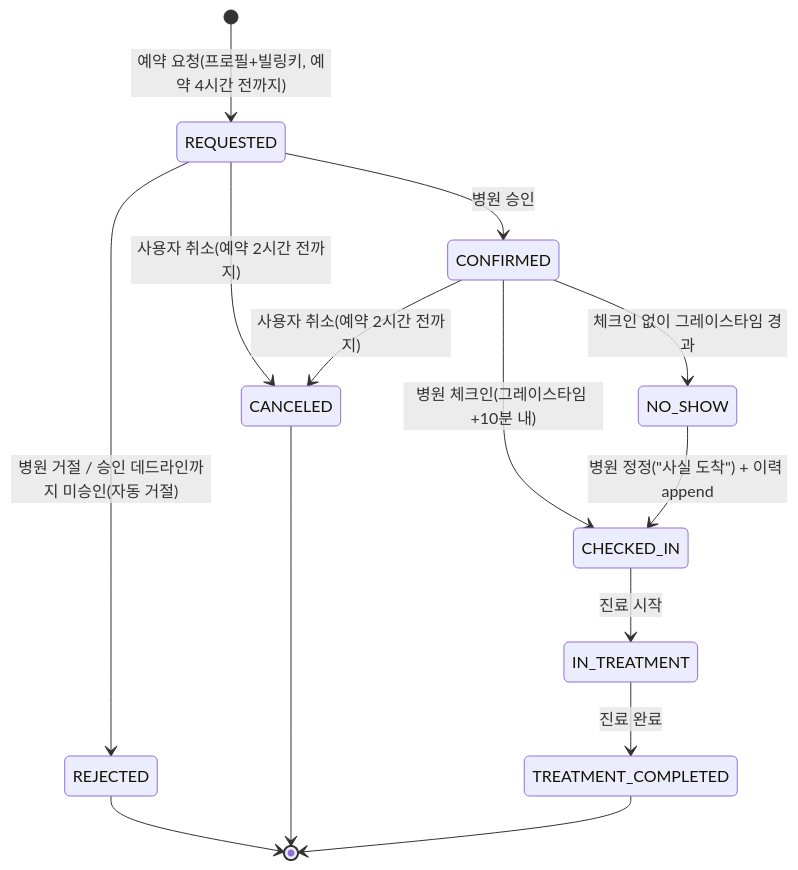
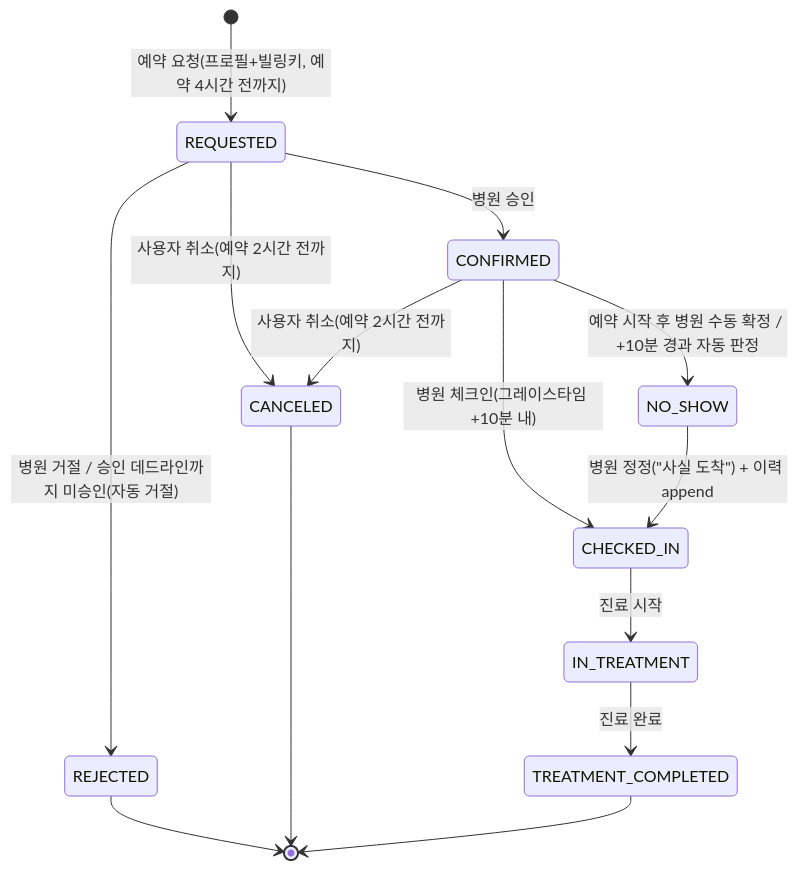
Before and after one commit to yyb0702-spec/DoctorPet: the second of 6 diagrams in docs/architecture/DoctorPet-SA.md, drawn with Mermaid. The commit also changed other lines of this file and 14 other files, not shown here.

````diff
--- a/docs/architecture/DoctorPet-SA.md
+++ b/docs/architecture/DoctorPet-SA.md
@@ -354,16 +356,16 @@
 ```mermaid
 stateDiagram-v2
     [*] --> REQUESTED : 예약 요청(프로필+빌링키, 예약 4시간 전까지)
     REQUESTED --> CONFIRMED : 병원 승인
     REQUESTED --> REJECTED : 병원 거절 / 승인 데드라인까지 미승인(자동 거절)
     REQUESTED --> CANCELED : 사용자 취소(예약 2시간 전까지)
     CONFIRMED --> CHECKED_IN : 병원 체크인(그레이스타임 +10분 내)
     CONFIRMED --> CANCELED : 사용자 취소(예약 2시간 전까지)
-    CONFIRMED --> NO_SHOW : 체크인 없이 그레이스타임 경과
+    CONFIRMED --> NO_SHOW : 예약 시작 후 병원 수동 확정 / +10분 경과 자동 판정
     CHECKED_IN --> IN_TREATMENT : 진료 시작
     IN_TREATMENT --> TREATMENT_COMPLETED : 진료 완료
     NO_SHOW --> CHECKED_IN : 병원 정정("사실 도착") + 이력 append
     REJECTED --> [*]
     CANCELED --> [*]
     TREATMENT_COMPLETED --> [*]
 ```
````
